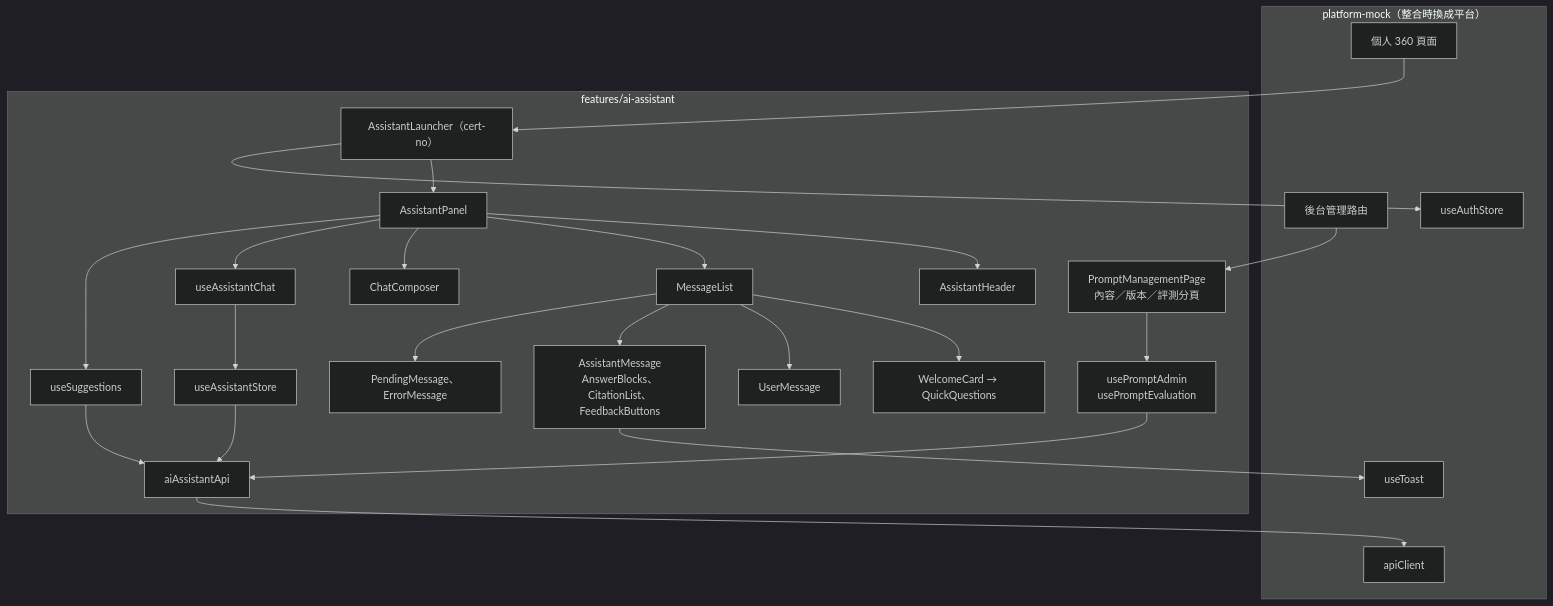
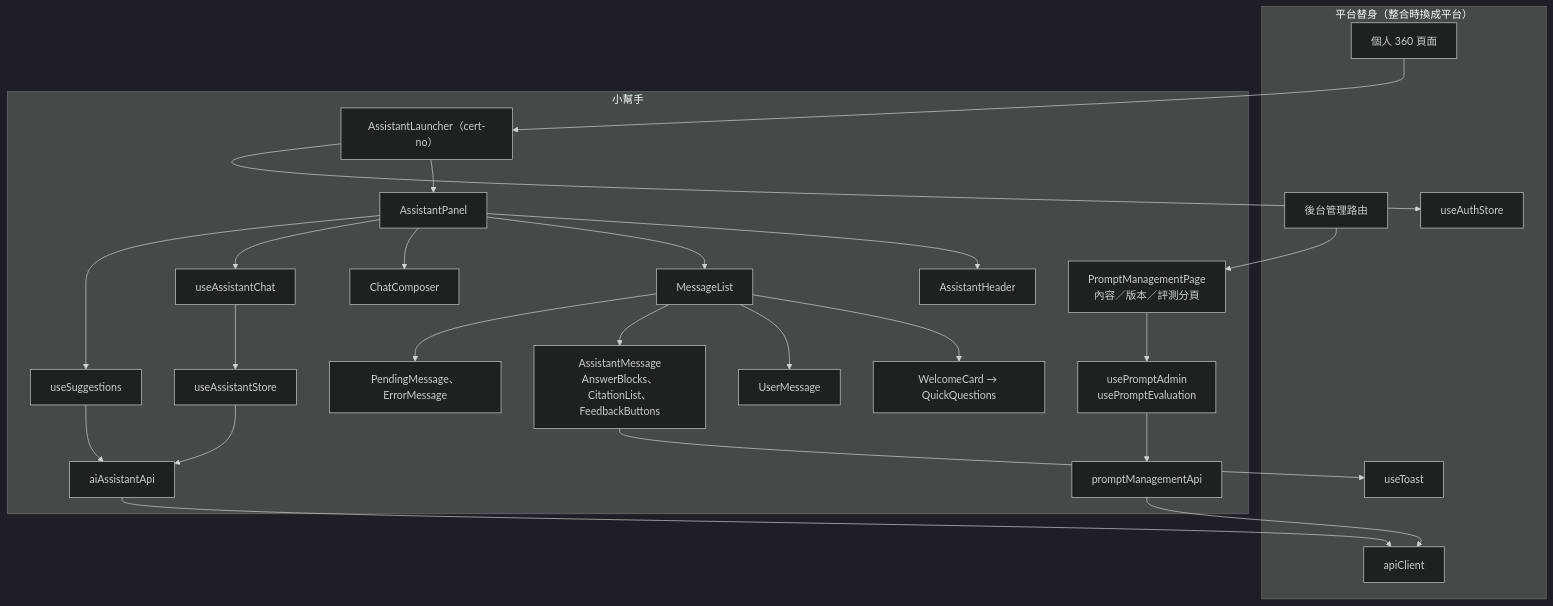
Before and after one commit to Rue1216/assistant-poc: diagram 11 of 11 in docs/spec/01-architecture.md, drawn with Mermaid (dark theme). The commit also changed other lines of this file and 4 other files, not shown here.

````diff
--- a/docs/spec/01-architecture.md
+++ b/docs/spec/01-architecture.md
@@ -579,30 +588,32 @@
 ```mermaid
 flowchart TD
-  subgraph PM["platform-mock（整合時換成平台）"]
+  subgraph PM["平台替身（整合時換成平台）"]
     C360[個人 360 頁面]
     ADM[後台管理路由]
     AUTH[useAuthStore]
     TOAST[useToast]
     API[apiClient]
   end
-  subgraph AA["features/ai-assistant"]
+  subgraph AA["小幫手"]
     L["AssistantLauncher（cert-no）"] --> P[AssistantPanel]
     P --> H[AssistantHeader]
     P --> ML[MessageList]
     P --> CC[ChatComposer]
     ML --> WC["WelcomeCard → QuickQuestions"]
     ML --> UM[UserMessage]
     ML --> AM["AssistantMessage<br/>AnswerBlocks、CitationList、FeedbackButtons"]
     ML --> PE["PendingMessage、ErrorMessage"]
     P --> UC[useAssistantChat] --> ST[useAssistantStore]
     P --> US[useSuggestions]
     ST --> AAPI[aiAssistantApi]
+    UPA --> PAPI[promptManagementApi]
     US --> AAPI
-    PMP["PromptManagementPage<br/>內容／版本／評測分頁"] --> UPA["usePromptAdmin<br/>usePromptEvaluation"] --> AAPI
+    PMP["PromptManagementPage<br/>內容／版本／評測分頁"] --> UPA["usePromptAdmin<br/>usePromptEvaluation"]
   end
   C360 --> L
   ADM --> PMP
   L --> AUTH
   AM --> TOAST
   AAPI --> API
+  PAPI --> API
 ```
````
